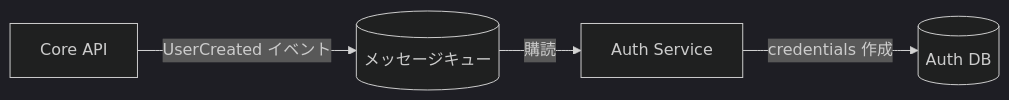
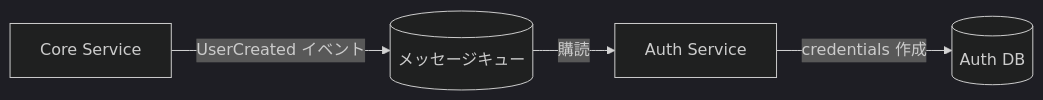
Before and after one commit to ka2kama/ringiflow: the fourth of 4 diagrams in docs/06_技術ノート/マイクロサービス間のデータ整合性.md, drawn with Mermaid (dark theme). The commit also changed other lines of this file and 55 other files, not shown here.

````diff
--- a/docs/06_技術ノート/マイクロサービス間のデータ整合性.md
+++ b/docs/06_技術ノート/マイクロサービス間のデータ整合性.md
@@ -95,6 +95,6 @@
 ```mermaid
 flowchart LR
-    CoreAPI[Core API] -->|UserCreated イベント| Queue[(メッセージキュー)]
+    CoreService[Core Service] -->|UserCreated イベント| Queue[(メッセージキュー)]
     Queue -->|購読| AuthService[Auth Service]
     AuthService -->|credentials 作成| AuthDB[(Auth DB)]
 ```
````
